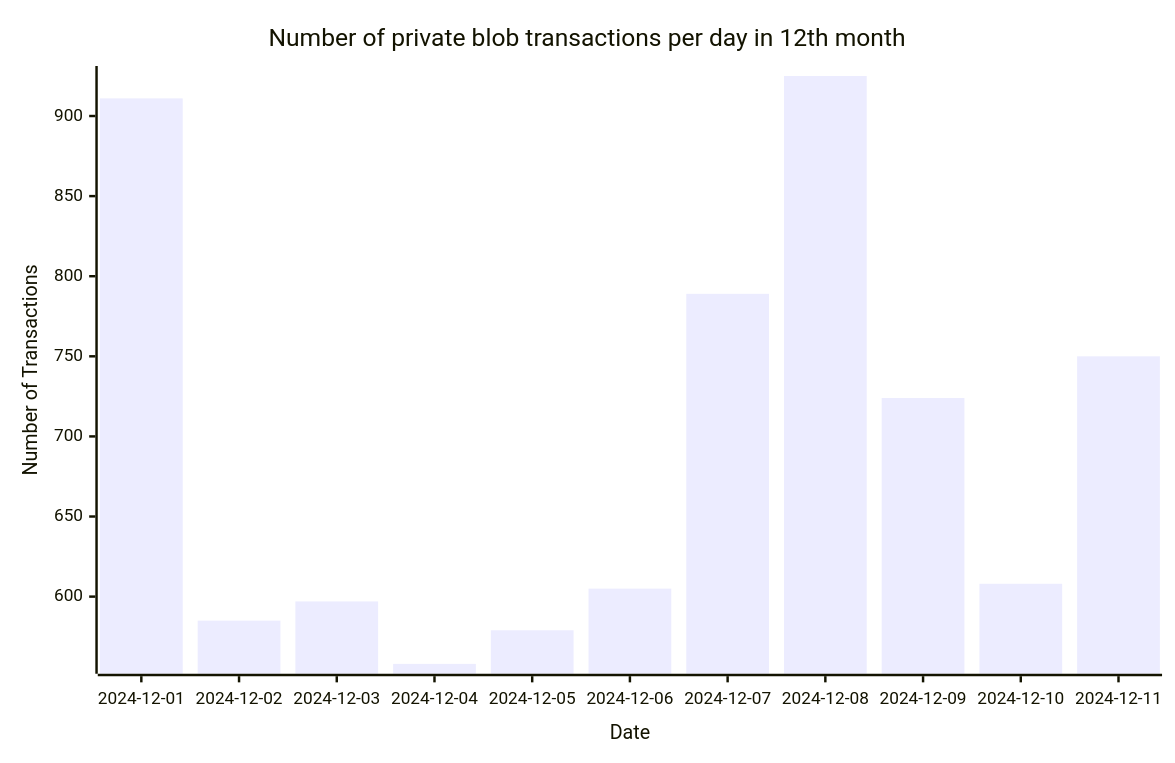
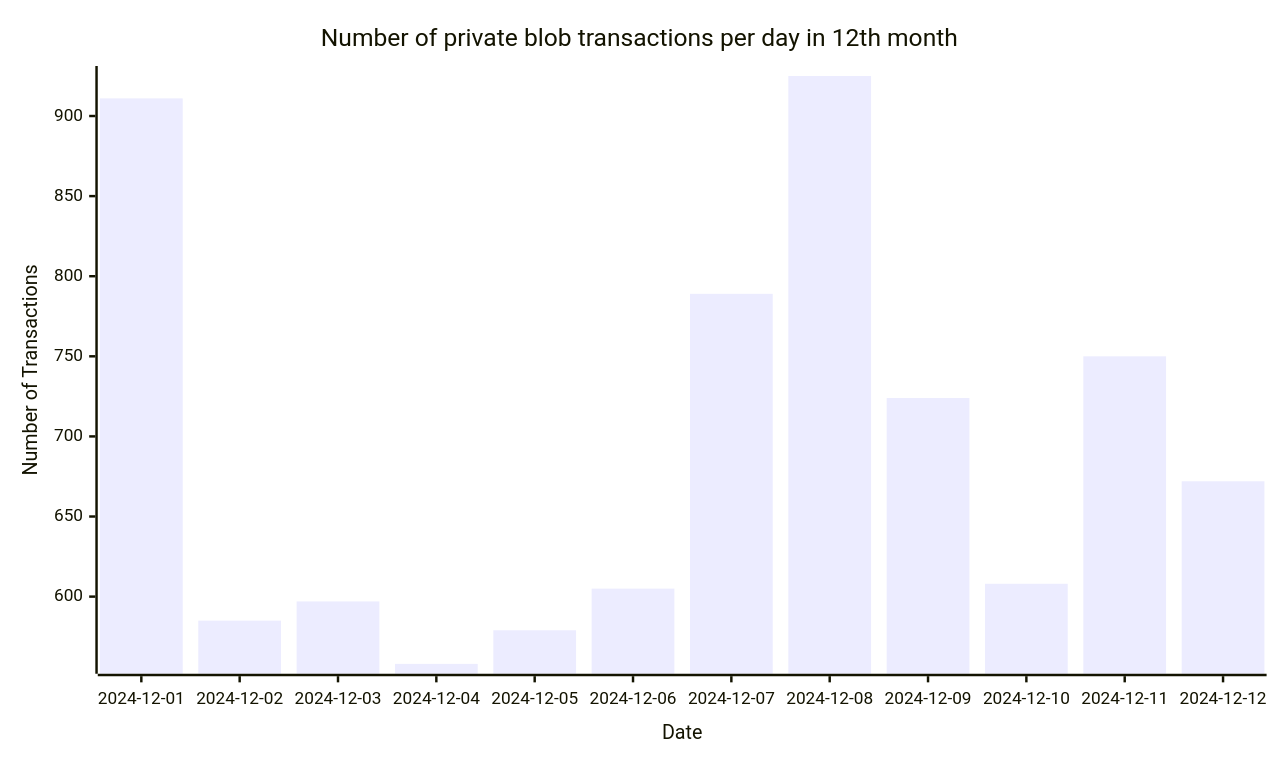
One commit to Amit0617/eip4844-data changed the diagram in README.md. Above: the diagram before and after it, drawn with Mermaid. The commit also changed 1 other file, not shown here.

````diff
--- a/README.md
+++ b/README.md
@@ -1,12 +1,12 @@
 ```mermaid
 ---
 config:
     xyChart:
-        width: 935
+        width: 1020
         height: 600
 ---
 xychart-beta title "Number of private blob transactions per day in 12th month"
-x-axis "Date" [2024-12-01,2024-12-02,2024-12-03,2024-12-04,2024-12-05,2024-12-06,2024-12-07,2024-12-08,2024-12-09,2024-12-10,2024-12-11]
+x-axis "Date" [2024-12-01,2024-12-02,2024-12-03,2024-12-04,2024-12-05,2024-12-06,2024-12-07,2024-12-08,2024-12-09,2024-12-10,2024-12-11,2024-12-12]
 y-axis "Number of Transactions"
-bar[911,585,597,558,579,605,789,925,724,608,750]
+bar[911,585,597,558,579,605,789,925,724,608,750,672]
 ```
````
